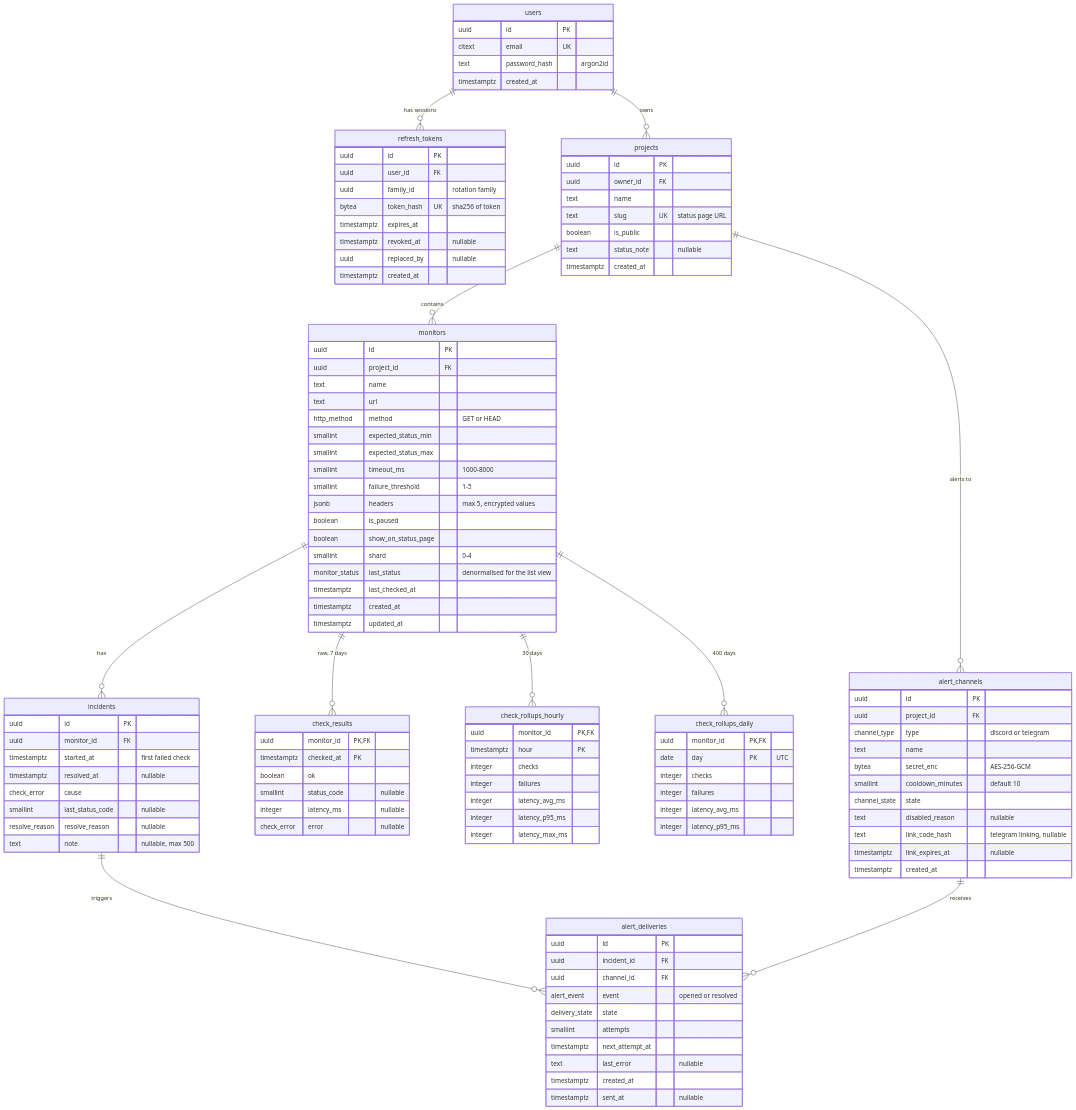
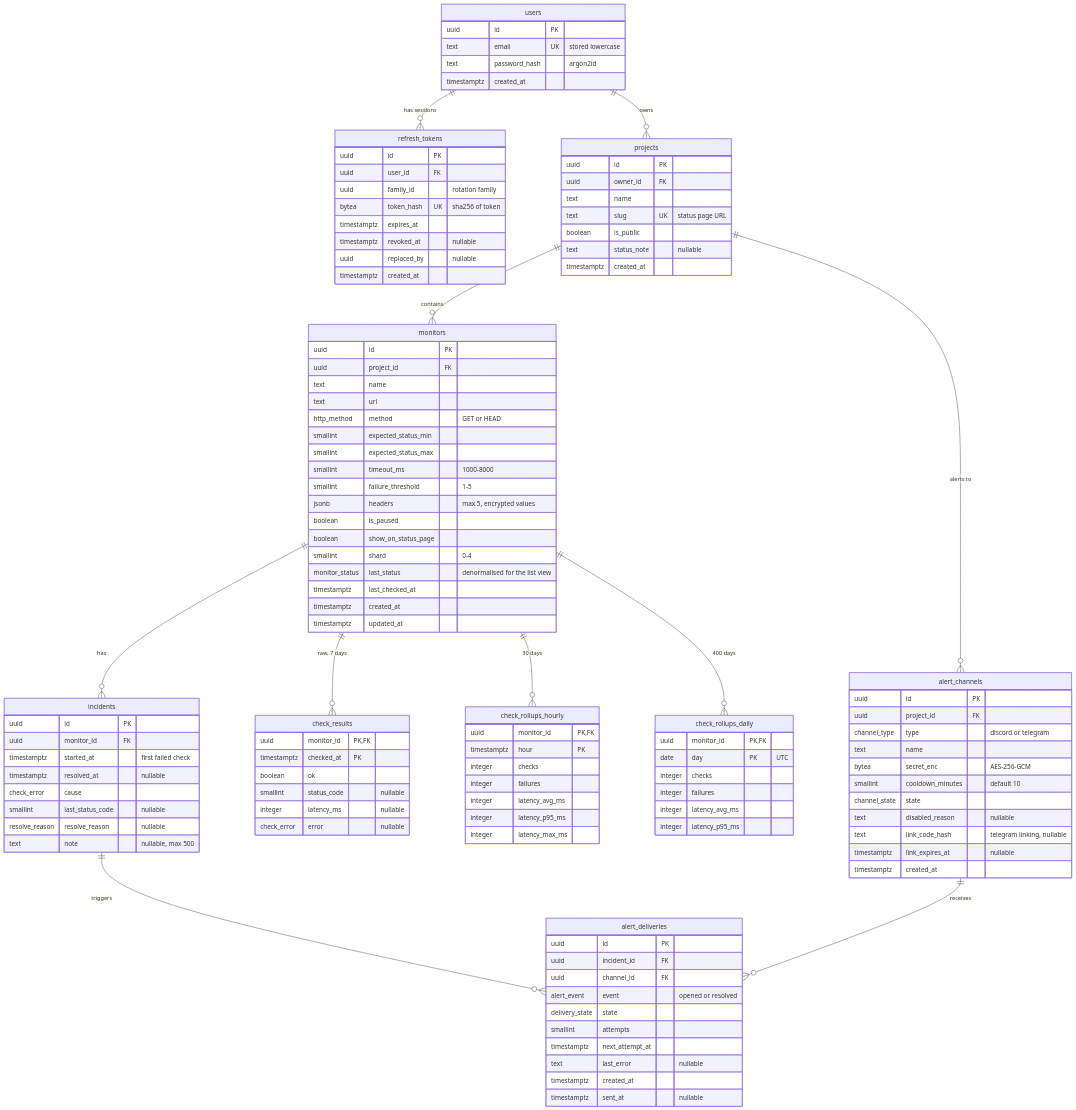
Before and after one commit to EthanYap123/pulse: the diagram in docs/ERD.md, drawn with Mermaid. The commit also changed other lines of this file and 10 other files, not shown here.

First line of the commit message:
feat(api): add Prisma schema and first migration (#37)

```diff
--- a/docs/ERD.md
+++ b/docs/ERD.md
@@ -17,7 +17,7 @@
 
   users {
     uuid id PK
-    citext email UK
+    text email UK "stored lowercase"
     text password_hash "argon2id"
     timestamptz created_at
   }
```
